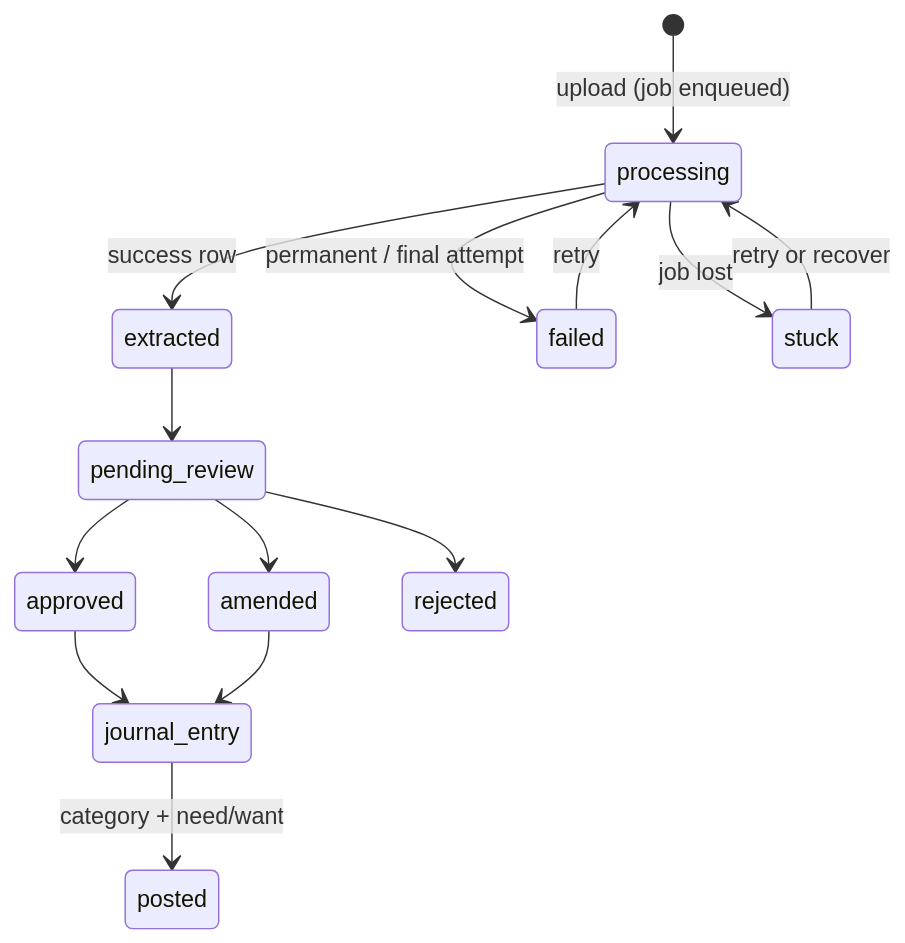
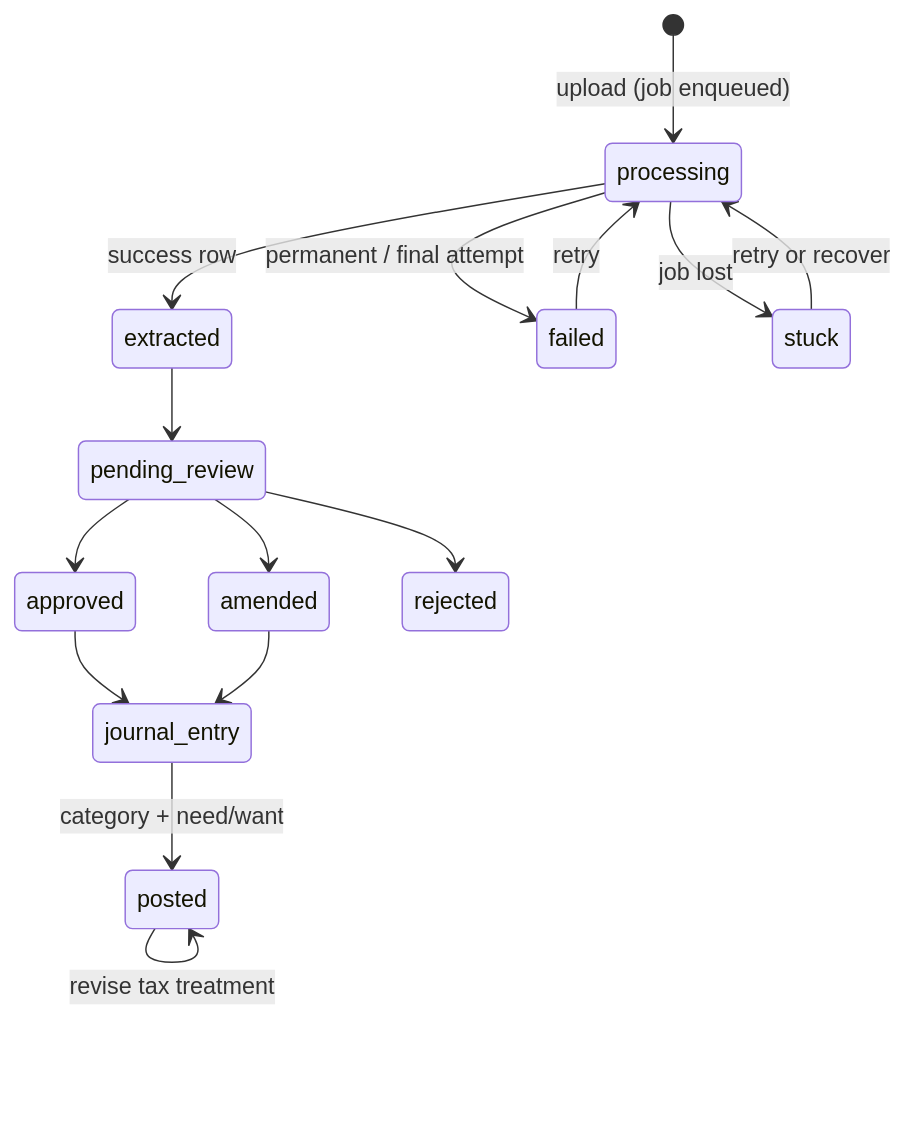
The fourth of 6 diagrams in docs/architecture.md (acramatte/zaimu-tomo), drawn with Mermaid before and after one commit. The commit also changed other lines of this file and 6 other files, not shown here.

First line of the commit message:
feat: revise a posted entry's tax treatment

````diff
--- a/docs/architecture.md
+++ b/docs/architecture.md
@@ -218,16 +225,17 @@
 ```mermaid
 stateDiagram-v2
     [*] --> processing: upload (job enqueued)
     processing --> extracted: success row
     processing --> failed: permanent / final attempt
     processing --> stuck: job lost
     failed --> processing: retry
     stuck --> processing: retry or recover
     extracted --> pending_review
     pending_review --> approved
     pending_review --> amended
     pending_review --> rejected
     approved --> journal_entry
     amended --> journal_entry
     journal_entry --> posted: category + need/want
+    posted --> posted: revise tax treatment
 ```
````
